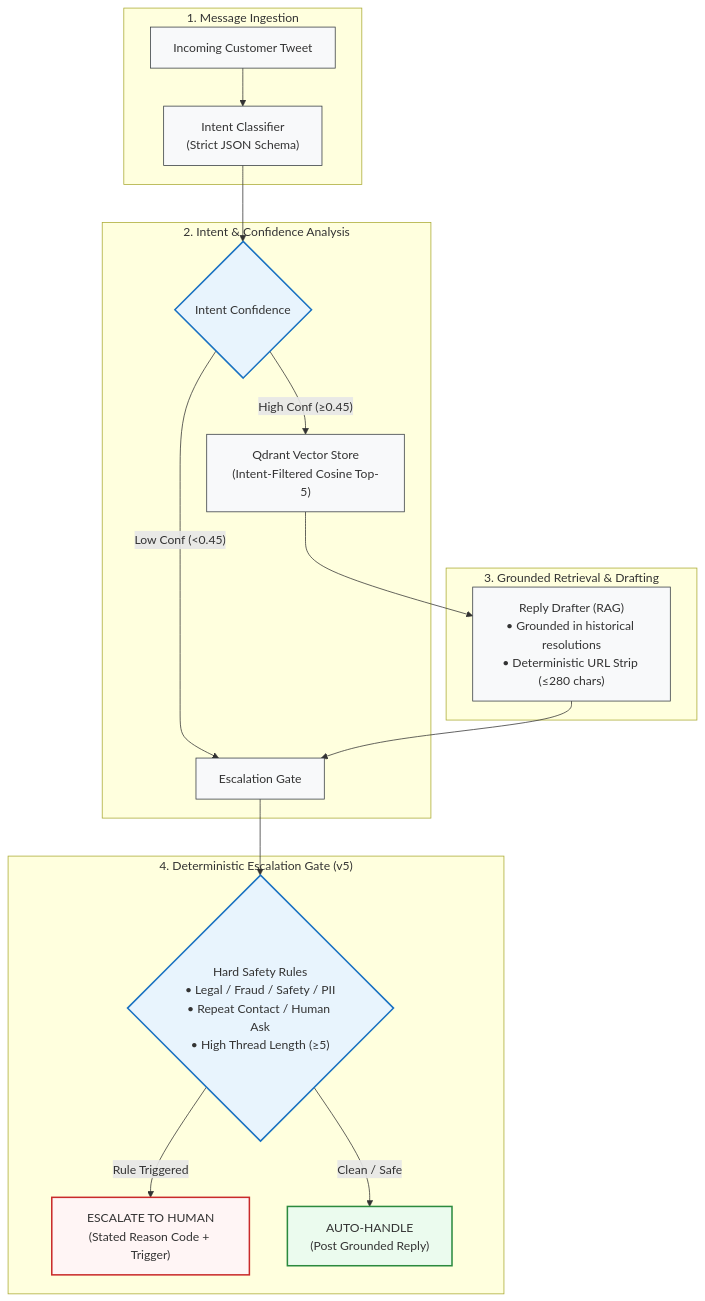
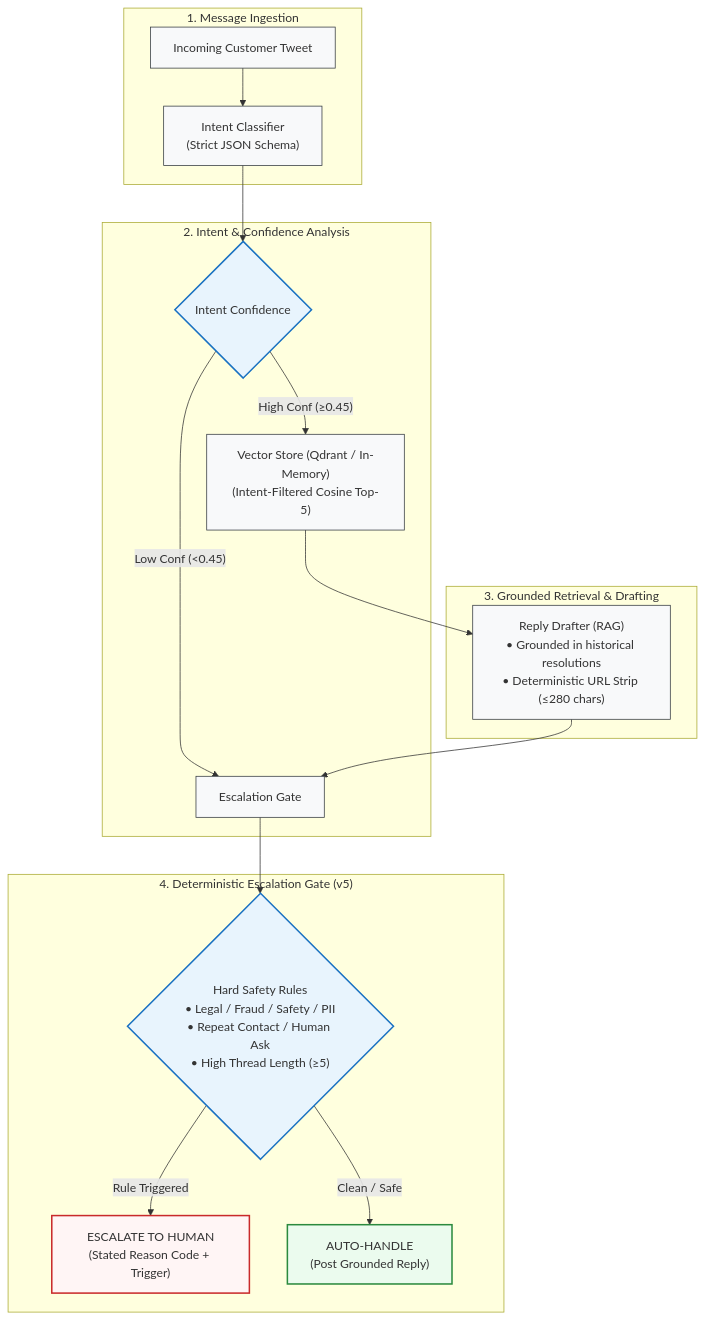
The first of 2 diagrams in README.md (samyuthavangari/commerce-support-agent), drawn with Mermaid before and after one commit. The commit also changed other lines of this file and 71 other files, not shown here.

````diff
--- a/README.md
+++ b/README.md
@@ -36,32 +38,32 @@
 ```mermaid
 flowchart TD
     subgraph INTAKE ["1. Message Ingestion"]
         A["Incoming Customer Tweet"] --> B["Intent Classifier<br/>(Strict JSON Schema)"]
     end
 
     subgraph ROUTING ["2. Intent & Confidence Analysis"]
         B --> C{"Intent Confidence"}
         C -- "Low Conf (&lt;0.45)" --> ESC["Escalation Gate"]
-        C -- "High Conf (&ge;0.45)" --> D["Qdrant Vector Store<br/>(Intent-Filtered Cosine Top-5)"]
+        C -- "High Conf (&ge;0.45)" --> D["Vector Store (Qdrant / In-Memory)<br/>(Intent-Filtered Cosine Top-5)"]
     end
 
     subgraph GENERATION ["3. Grounded Retrieval & Drafting"]
         D --> E["Reply Drafter (RAG)<br/>&bull; Grounded in historical resolutions<br/>&bull; Deterministic URL Strip (&le;280 chars)"]
     end
 
     subgraph POLICY ["4. Deterministic Escalation Gate (v5)"]
         E --> ESC
         ESC --> R1{"Hard Safety Rules<br/>&bull; Legal / Fraud / Safety / PII<br/>&bull; Repeat Contact / Human Ask<br/>&bull; High Thread Length (&ge;5)"}
         R1 -- "Rule Triggered" --> ESC_OUT["ESCALATE TO HUMAN<br/>(Stated Reason Code + Trigger)"]
         R1 -- "Clean / Safe" --> AUTO_OUT["AUTO-HANDLE<br/>(Post Grounded Reply)"]
     end
 
     classDef default fill:#f8f9fa,stroke:#343a40,stroke-width:1px;
     classDef highlight fill:#e8f4fd,stroke:#1971c2,stroke-width:2px;
     classDef safe fill:#ebfbee,stroke:#2b8a3e,stroke-width:2px;
     classDef escalate fill:#fff5f5,stroke:#c92a2a,stroke-width:2px;
     class A,B,D,E default;
     class C,R1 highlight;
     class AUTO_OUT safe;
     class ESC_OUT escalate;
 ```
````
